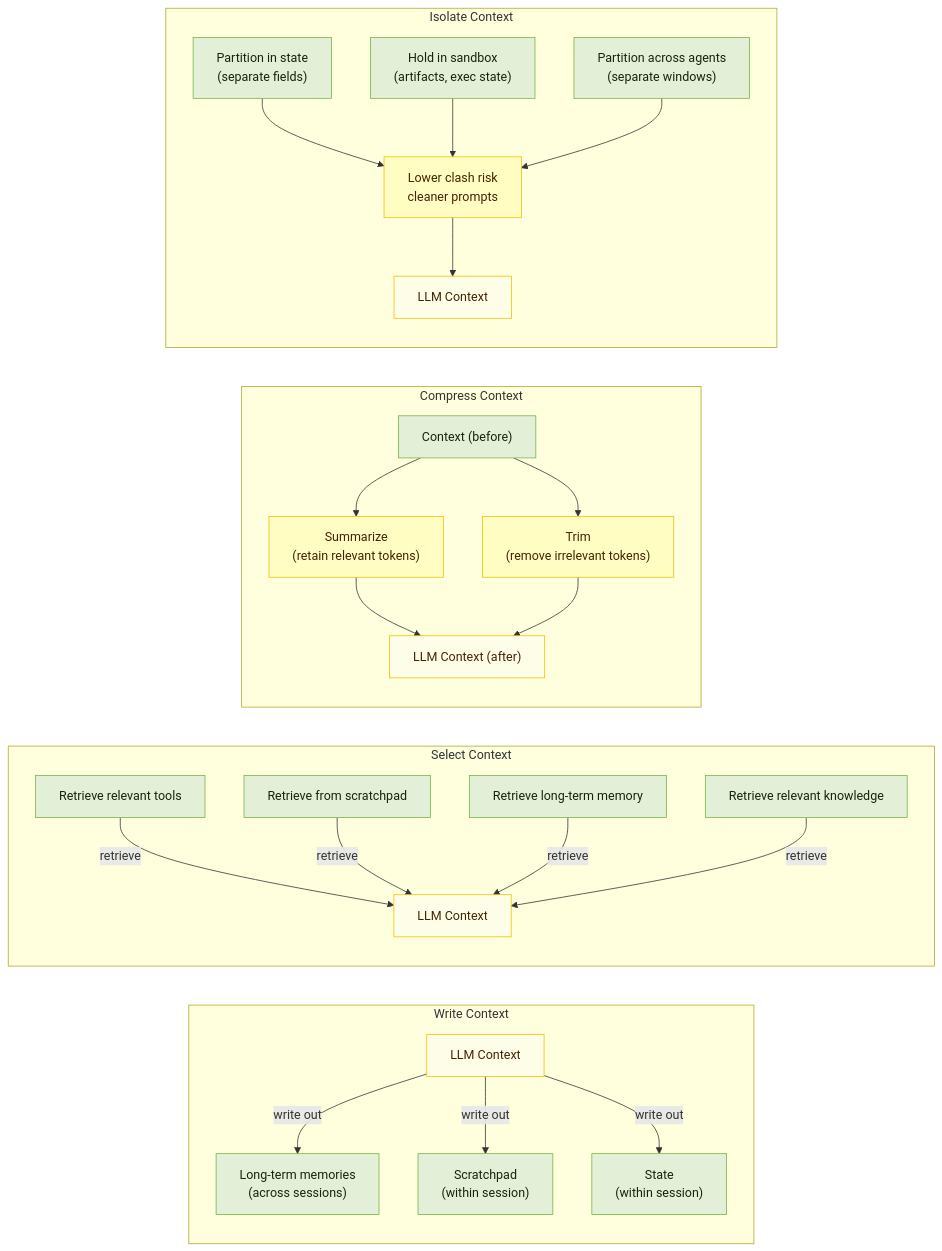
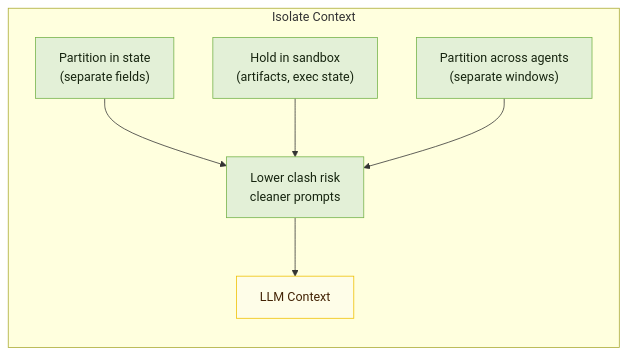
Before and after one commit to artreimus/ylang-labs-blog: the fourth of 13 diagrams in data/blogs/context-engineering-for-ai-agents.mdx, drawn with Mermaid. The commit also changed other lines of this file, not shown here.

Commit message:
docs(blog): Enhance context engineering diagrams layout

`````diff
--- a/data/blogs/context-engineering-for-ai-agents.mdx
+++ b/data/blogs/context-engineering-for-ai-agents.mdx
@@ -43,53 +110,19 @@
 ```mermaid
-flowchart LR
-  classDef primary fill:#fffdc2,stroke:#efc003,stroke-width:1px,color:#432305;
+flowchart TB
+  classDef primary fill:#e3f0d7,stroke:#75b34a,stroke-width:1px,color:#16240f;
   classDef secondary fill:#e3f0d7,stroke:#75b34a,stroke-width:1px,color:#16240f;
   classDef ctx fill:#fefde8,stroke:#efc003,stroke-width:1px,color:#432305;
-
-  subgraph W["Write Context"]
-    direction TB
-    W_CTX["LLM Context"]:::ctx
-    W_LTM["Long-term memories<br/>(across sessions)"]:::secondary
-    W_SP["Scratchpad<br/>(within session)"]:::secondary
-    W_STATE["State<br/>(within session)"]:::secondary
-    W_CTX -->|write out| W_LTM
-    W_CTX -->|write out| W_SP
-    W_CTX -->|write out| W_STATE
-  end
-
-  subgraph S["Select Context"]
-    direction TB
-    S_CTX["LLM Context"]:::ctx
-    S_TOOLS["Retrieve relevant tools"]:::secondary
-    S_SP["Retrieve from scratchpad"]:::secondary
-    S_LTM["Retrieve long-term memory"]:::secondary
-    S_KNOW["Retrieve relevant knowledge"]:::secondary
-    S_TOOLS -->|retrieve| S_CTX
-    S_SP -->|retrieve| S_CTX
-    S_LTM -->|retrieve| S_CTX
-    S_KNOW -->|retrieve| S_CTX
-  end
-
-  subgraph C["Compress Context"]
-    direction TB
-    C_RAW["Context (before)"]:::secondary
-    C_SUM["Summarize<br/>(retain relevant tokens)"]:::primary
-    C_TRIM["Trim<br/>(remove irrelevant tokens)"]:::primary
-    C_CTX["LLM Context (after)"]:::ctx
-    C_RAW --> C_SUM --> C_CTX
-    C_RAW --> C_TRIM --> C_CTX
-  end
 
   subgraph I["Isolate Context"]
     direction TB
     I_CTX["LLM Context"]:::ctx
     I_STATE["Partition in state<br/>(separate fields)"]:::secondary
     I_SBX["Hold in sandbox<br/>(artifacts, exec state)"]:::secondary
     I_MA["Partition across agents<br/>(separate windows)"]:::secondary
     I_OK["Lower clash risk<br/>cleaner prompts"]:::primary
     I_STATE --> I_OK
     I_SBX --> I_OK
     I_MA --> I_OK
     I_OK --> I_CTX
   end
-```
+````
`````
